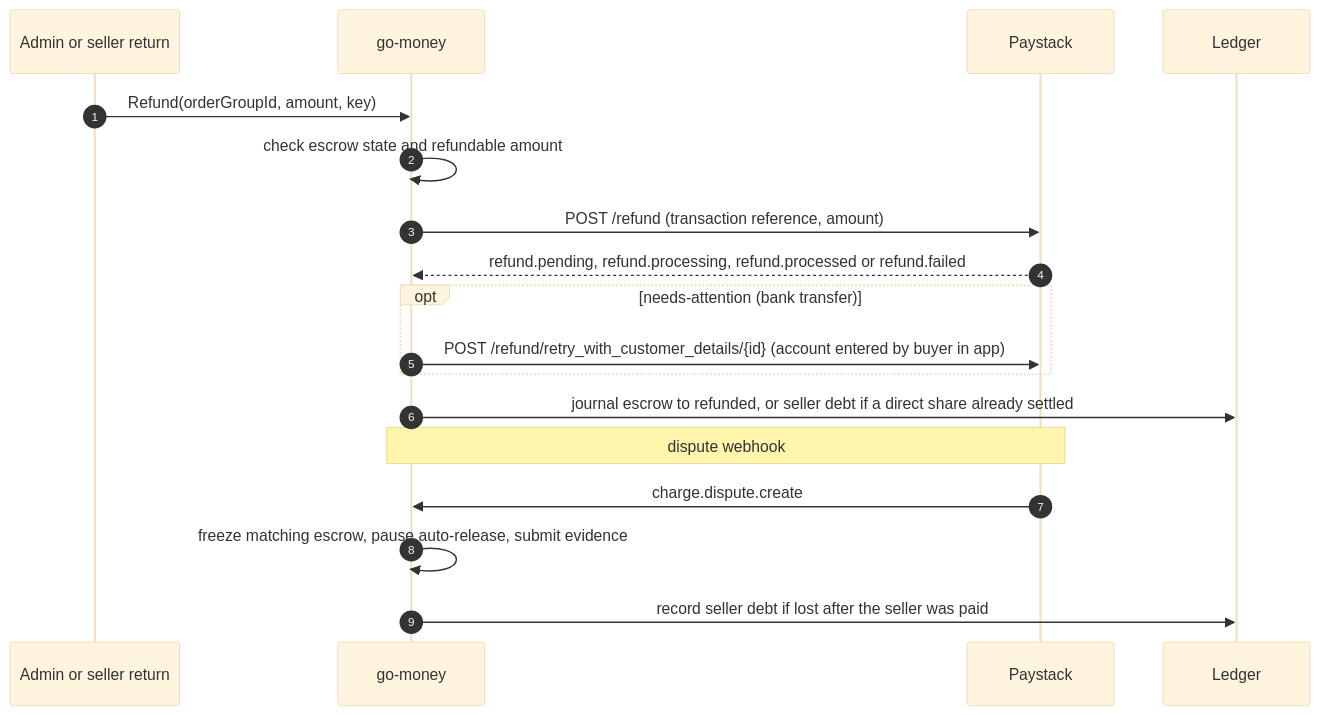
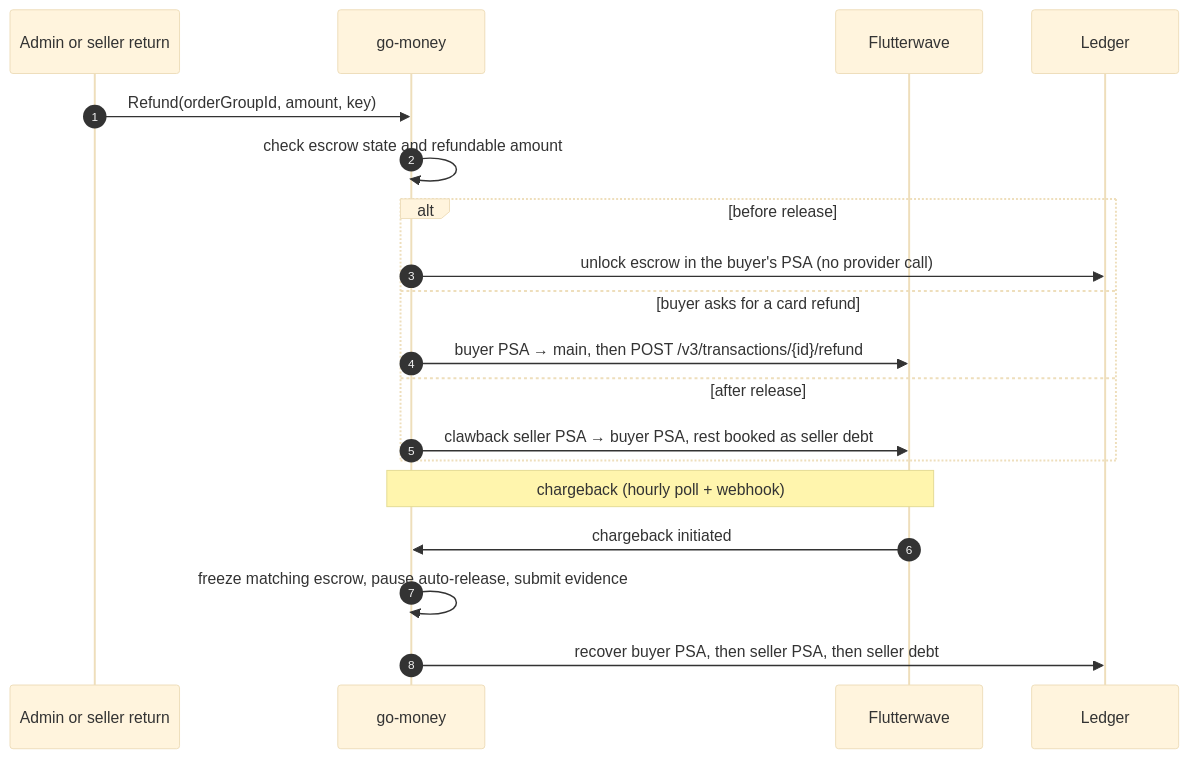
Before and after one commit to telente-technologies/nantty: the fourth of 7 diagrams in docs/architecture/payments.md, drawn with Mermaid (base theme). The commit also changed other lines of this file and 8 other files, not shown here.

Commit message:
docs/architecture batch 1

````diff
--- a/docs/architecture/payments.md
+++ b/docs/architecture/payments.md
@@ -185,20 +182,21 @@
 ```mermaid
 sequenceDiagram
   autonumber
   participant A as Admin or seller return
   participant M as go-money
-  participant P as Paystack
+  participant P as Flutterwave
   participant L as Ledger
   A->>M: Refund(orderGroupId, amount, key)
   M->>M: check escrow state and refundable amount
-  M->>P: POST /refund (transaction reference, amount)
-  P-->>M: refund.pending, refund.processing, refund.processed or refund.failed
-  opt needs-attention (bank transfer)
-    M->>P: POST /refund/retry_with_customer_details/{id} (account entered by buyer in app)
+  alt before release
+    M->>L: unlock escrow in the buyer's PSA (no provider call)
+  else buyer asks for a card refund
+    M->>P: buyer PSA → main, then POST /v3/transactions/{id}/refund
+  else after release
+    M->>P: clawback seller PSA → buyer PSA, rest booked as seller debt
   end
-  M->>L: journal escrow to refunded, or seller debt if a direct share already settled
-  Note over P,M: dispute webhook
-  P->>M: charge.dispute.create
+  Note over P,M: chargeback (hourly poll + webhook)
+  P->>M: chargeback initiated
   M->>M: freeze matching escrow, pause auto-release, submit evidence
-  M->>L: record seller debt if lost after the seller was paid
+  M->>L: recover buyer PSA, then seller PSA, then seller debt
 ```
````
